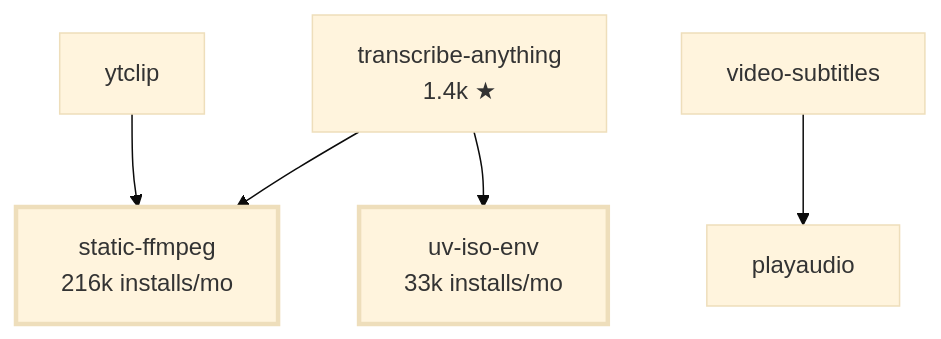
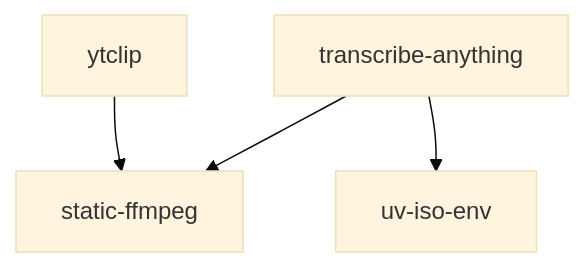
Before and after one commit to zackees/zackees: the diagram in README.md, drawn with Mermaid (base theme). The commit also changed other lines of this file, not shown here.

````diff
--- a/README.md
+++ b/README.md
@@ -67,17 +70,11 @@
 ```mermaid
 flowchart TD
-    TA["transcribe-anything<br/>1.4k ★"]
+    TA["transcribe-anything"]
     YT["ytclip"]
-    VS["video-subtitles"]
-    PA["playaudio"]
-    SF["static-ffmpeg<br/>216k installs/mo"]
-    IE["uv-iso-env<br/>33k installs/mo"]
+    SF["static-ffmpeg"]
+    IE["uv-iso-env"]
 
     TA --> SF
     TA --> IE
     YT --> SF
-    VS --> PA
-
-    classDef base stroke-width:3px
-    class SF,IE base
 ```
````
